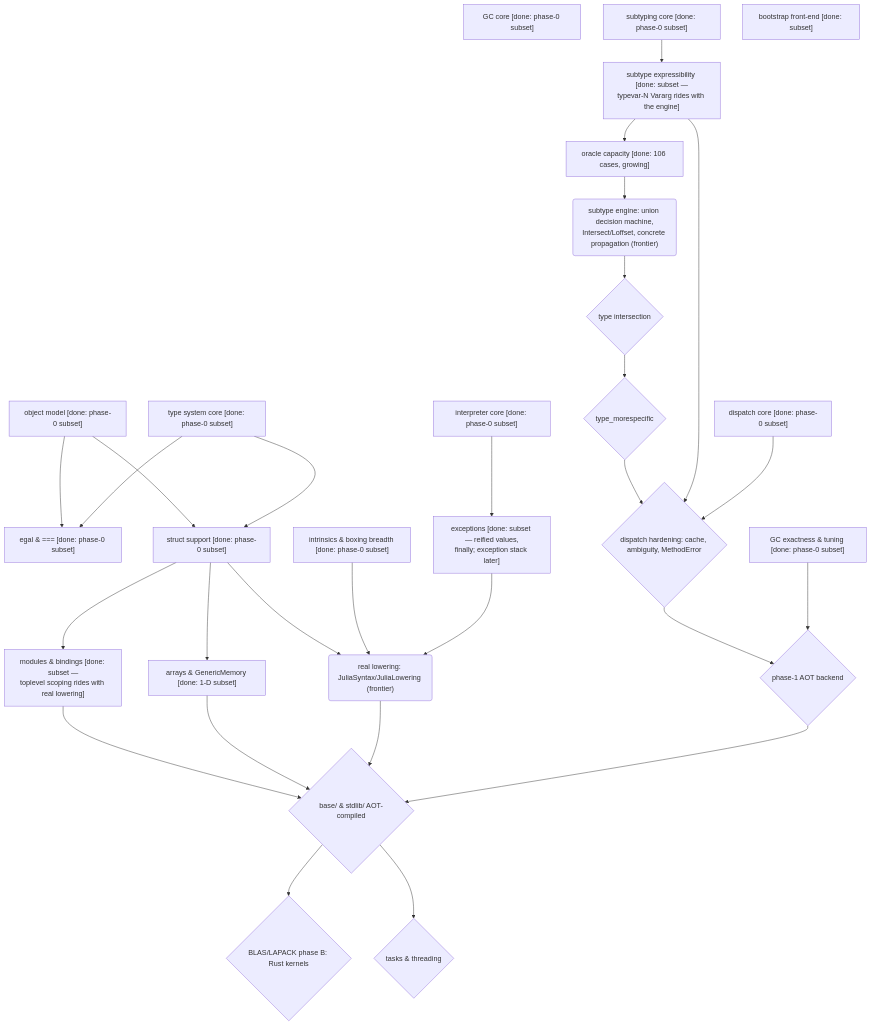
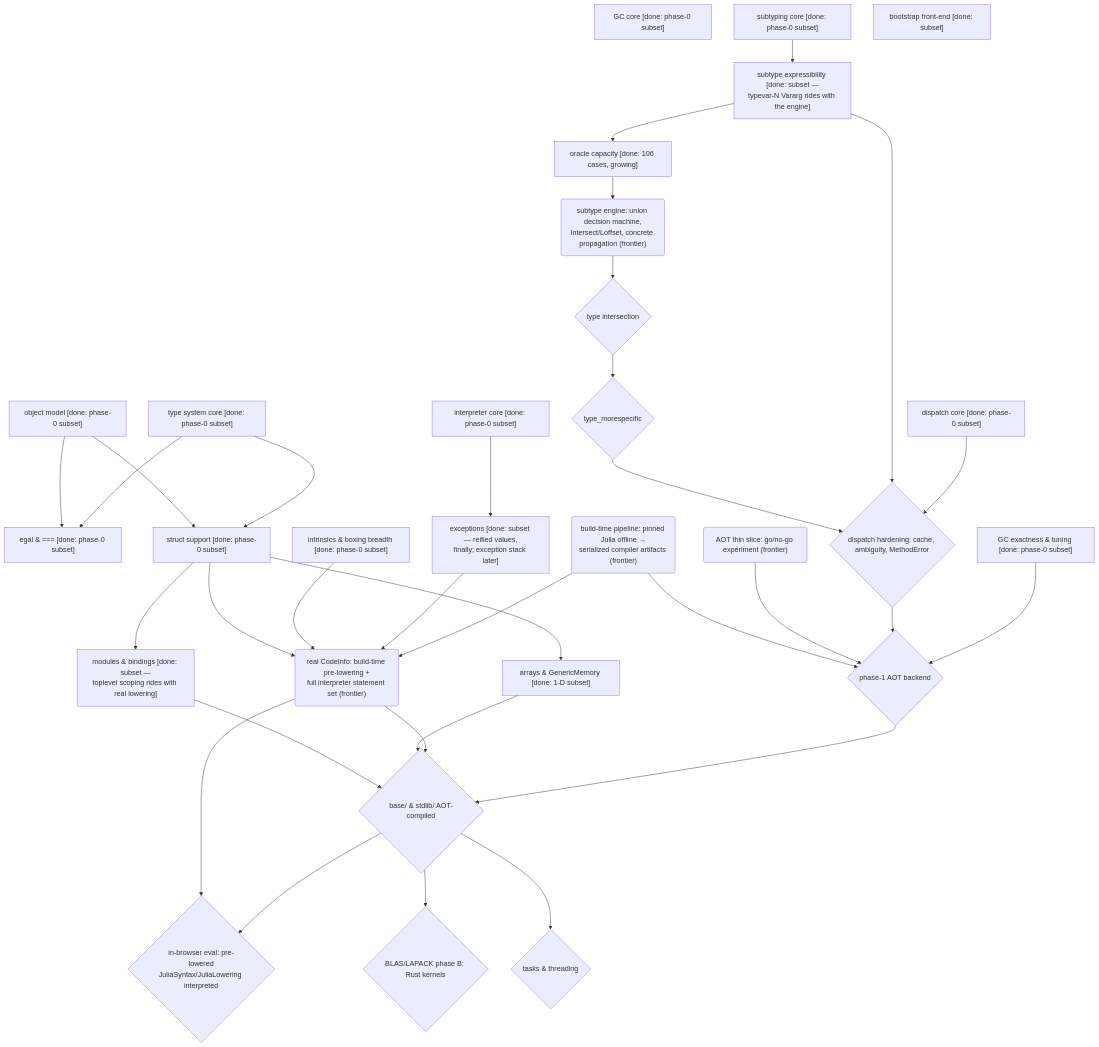
One commit to andy-emerson/Ruju changed the diagram in design/strategy.md. Above: the diagram before and after it, drawn with Mermaid. The commit also changed other lines of this file and 2 other files, not shown here.

First line of the commit message:
design: Transcribe the ratified decisions; redraw the middle of the roadmap

````diff
--- a/design/strategy.md
+++ b/design/strategy.md
@@ -86,57 +120,65 @@
 ```mermaid
 flowchart TD
     OBJ["object model [done: phase-0 subset]"]
     GC0["GC core [done: phase-0 subset]"]
     TYPES["type system core [done: phase-0 subset]"]
     SUB0["subtyping core [done: phase-0 subset]"]
     DISP0["dispatch core [done: phase-0 subset]"]
     INTERP0["interpreter core [done: phase-0 subset]"]
     FE0["bootstrap front-end [done: subset]"]
 
     EGAL["egal & === [done: phase-0 subset]"]
     STRUCTS["struct support [done: phase-0 subset]"]
     INTRIN["intrinsics & boxing breadth [done: phase-0 subset]"]
     GCX["GC exactness & tuning [done: phase-0 subset]"]
     SUBXE["subtype expressibility [done: subset —<br/>typevar-N Vararg rides with the engine]"]
     EXC["exceptions [done: subset — reified values,<br/>finally; exception stack later]"]
 
     ORACLE["oracle capacity [done: 106 cases, growing]"]
     SUBXM("subtype engine: union decision machine,<br/>Intersect/Loffset, concrete propagation (frontier)")
     ISECT{"type intersection"}
     MORESPEC{"type_morespecific"}
     DISPX{"dispatch hardening: cache, ambiguity, MethodError"}
     ARRAYS["arrays & GenericMemory [done: 1-D subset]"]
     MODULES["modules & bindings [done: subset —<br/>toplevel scoping rides with real lowering]"]
-    LOWER("real lowering: JuliaSyntax/JuliaLowering (frontier)")
+    BOOTPIPE("build-time pipeline: pinned Julia offline →<br/>serialized compiler artifacts (frontier)")
+    THINSLICE("AOT thin slice: go/no-go experiment (frontier)")
+    LOWER("real CodeInfo: build-time pre-lowering +<br/>full interpreter statement set (frontier)")
+    EVAL{"in-browser eval: pre-lowered<br/>JuliaSyntax/JuliaLowering interpreted"}
     AOT{"phase-1 AOT backend"}
     BASE{"base/ & stdlib/ AOT-compiled"}
     BLAS{"BLAS/LAPACK phase B: Rust kernels"}
     TASKS{"tasks & threading"}
 
     OBJ --> STRUCTS
     TYPES --> STRUCTS
     OBJ --> EGAL
     TYPES --> EGAL
     SUB0 --> SUBXE
     SUBXE --> ORACLE
     ORACLE --> SUBXM
     SUBXM --> ISECT
     ISECT --> MORESPEC
     MORESPEC --> DISPX
     SUBXE --> DISPX
     DISP0 --> DISPX
     STRUCTS --> ARRAYS
     STRUCTS --> MODULES
     INTERP0 --> EXC
     STRUCTS --> LOWER
     INTRIN --> LOWER
     EXC --> LOWER
+    BOOTPIPE --> LOWER
+    BOOTPIPE --> AOT
+    THINSLICE --> AOT
+    LOWER --> EVAL
+    BASE --> EVAL
     MODULES --> BASE
     ARRAYS --> BASE
     LOWER --> BASE
     AOT --> BASE
     DISPX --> AOT
     GCX --> AOT
     BASE --> BLAS
     BASE --> TASKS
 ```
````
